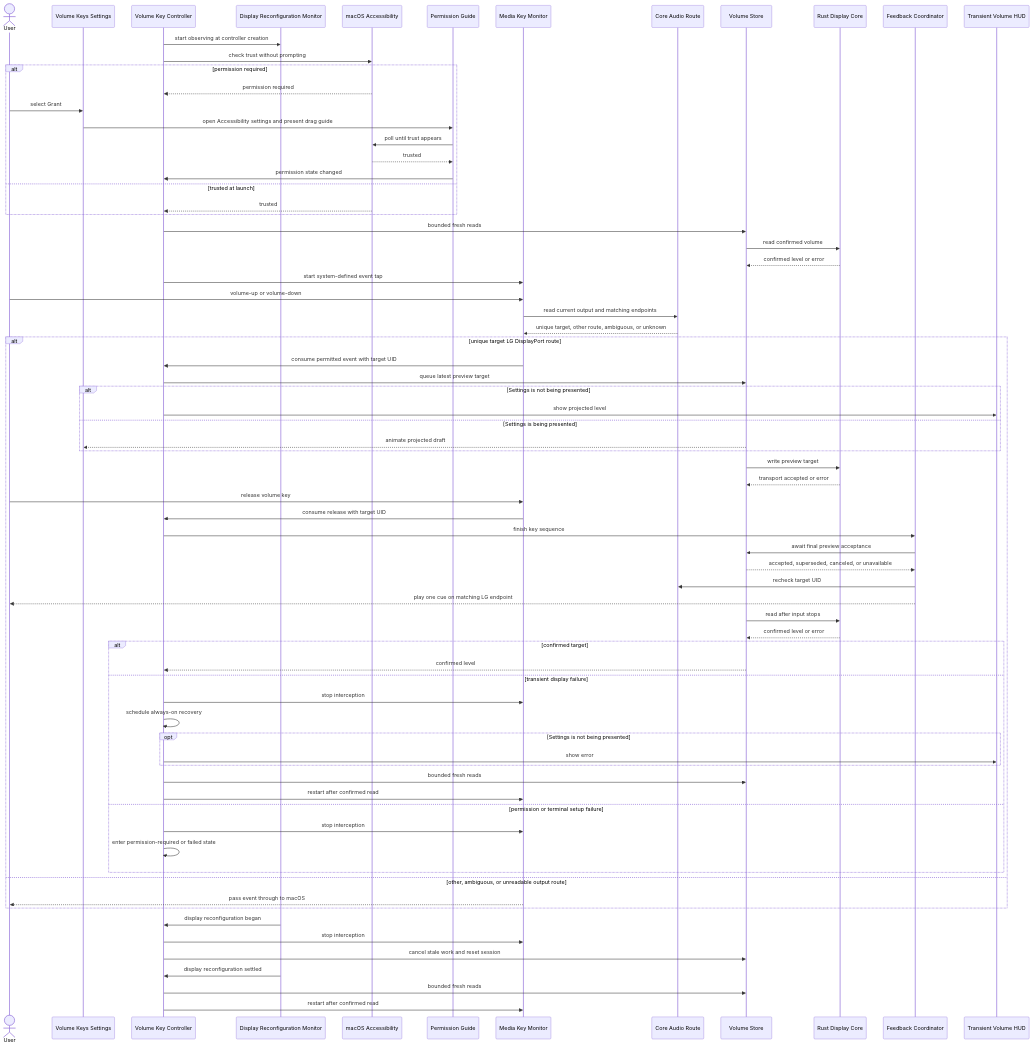
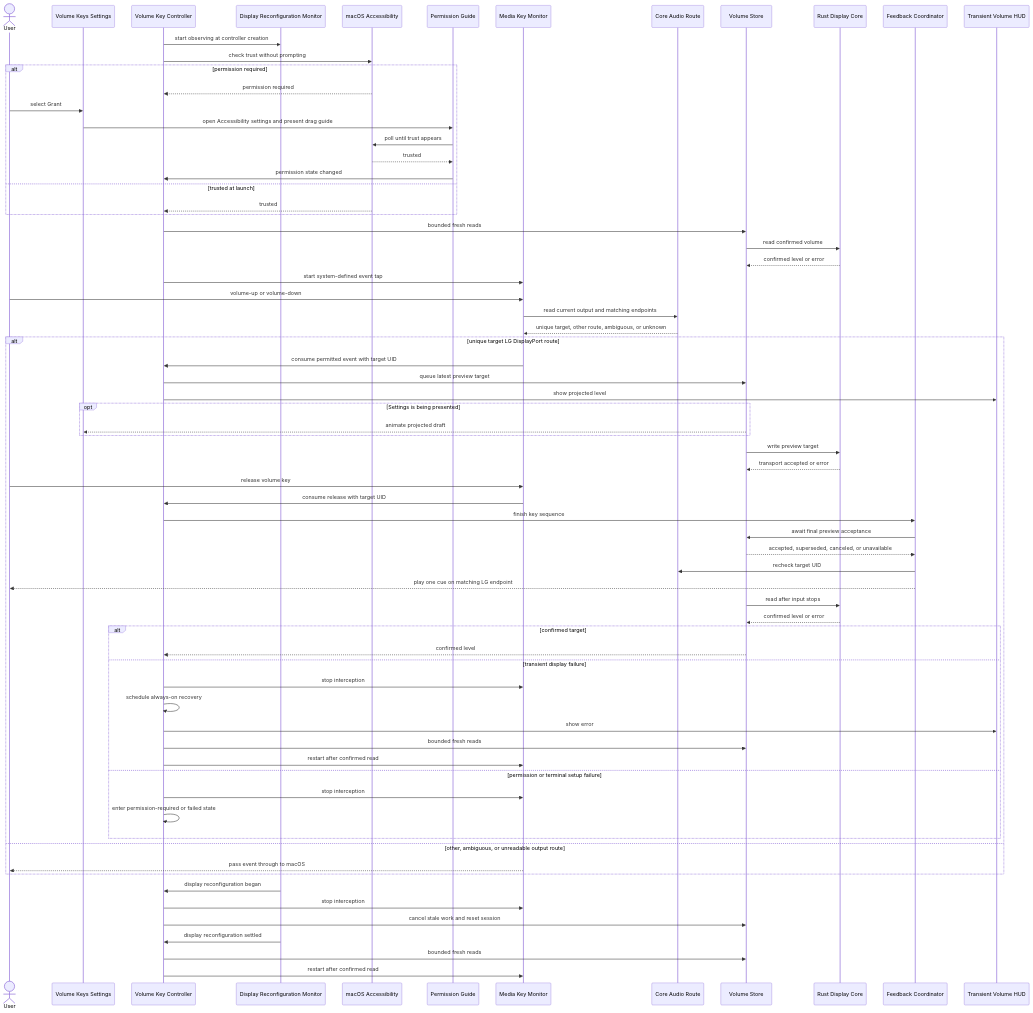
Before and after one commit to acg-box/deskhelm: the third of 3 diagrams in openwiki/architecture-and-runtime.md, drawn with Mermaid. The commit also changed other lines of this file and 11 other files, not shown here.

Commit message:
{"schema":"decodex/commit/2","change":"Fix DeskHelm Settings HUD and Dock behavior","authority":"manual","impact":"compatible"}

````diff
--- a/openwiki/architecture-and-runtime.md
+++ b/openwiki/architecture-and-runtime.md
@@ -186,77 +186,74 @@
 ```mermaid
 sequenceDiagram
     actor User
     participant Settings as Volume Keys Settings
     participant VKC as Volume Key Controller
     participant DisplayEvents as Display Reconfiguration Monitor
     participant AX as macOS Accessibility
     participant Guide as Permission Guide
     participant Tap as Media Key Monitor
     participant Audio as Core Audio Route
     participant Store as Volume Store
     participant Core as Rust Display Core
     participant Feedback as Feedback Coordinator
     participant HUD as Transient Volume HUD
 
     VKC->>DisplayEvents: start observing at controller creation
     VKC->>AX: check trust without prompting
     alt permission required
         AX-->>VKC: permission required
         User->>Settings: select Grant
         Settings->>Guide: open Accessibility settings and present drag guide
         Guide->>AX: poll until trust appears
         AX-->>Guide: trusted
         Guide->>VKC: permission state changed
     else trusted at launch
         AX-->>VKC: trusted
     end
     VKC->>Store: bounded fresh reads
     Store->>Core: read confirmed volume
     Core-->>Store: confirmed level or error
     VKC->>Tap: start system-defined event tap
     User->>Tap: volume-up or volume-down
     Tap->>Audio: read current output and matching endpoints
     Audio-->>Tap: unique target, other route, ambiguous, or unknown
     alt unique target LG DisplayPort route
         Tap->>VKC: consume permitted event with target UID
         VKC->>Store: queue latest preview target
-        alt Settings is not being presented
-            VKC->>HUD: show projected level
-        else Settings is being presented
+        VKC->>HUD: show projected level
+        opt Settings is being presented
             Store-->>Settings: animate projected draft
         end
         Store->>Core: write preview target
         Core-->>Store: transport accepted or error
         User->>Tap: release volume key
         Tap->>VKC: consume release with target UID
         VKC->>Feedback: finish key sequence
         Feedback->>Store: await final preview acceptance
         Store-->>Feedback: accepted, superseded, canceled, or unavailable
         Feedback->>Audio: recheck target UID
         Feedback-->>User: play one cue on matching LG endpoint
         Store->>Core: read after input stops
         Core-->>Store: confirmed level or error
         alt confirmed target
             Store-->>VKC: confirmed level
         else transient display failure
             VKC->>Tap: stop interception
             VKC->>VKC: schedule always-on recovery
-            opt Settings is not being presented
-                VKC->>HUD: show error
-            end
+            VKC->>HUD: show error
             VKC->>Store: bounded fresh reads
             VKC->>Tap: restart after confirmed read
         else permission or terminal setup failure
             VKC->>Tap: stop interception
             VKC->>VKC: enter permission-required or failed state
         end
     else other, ambiguous, or unreadable output route
         Tap-->>User: pass event through to macOS
     end
     DisplayEvents->>VKC: display reconfiguration began
     VKC->>Tap: stop interception
     VKC->>Store: cancel stale work and reset session
     DisplayEvents->>VKC: display reconfiguration settled
     VKC->>Store: bounded fresh reads
     VKC->>Tap: restart after confirmed read
 ```
````
